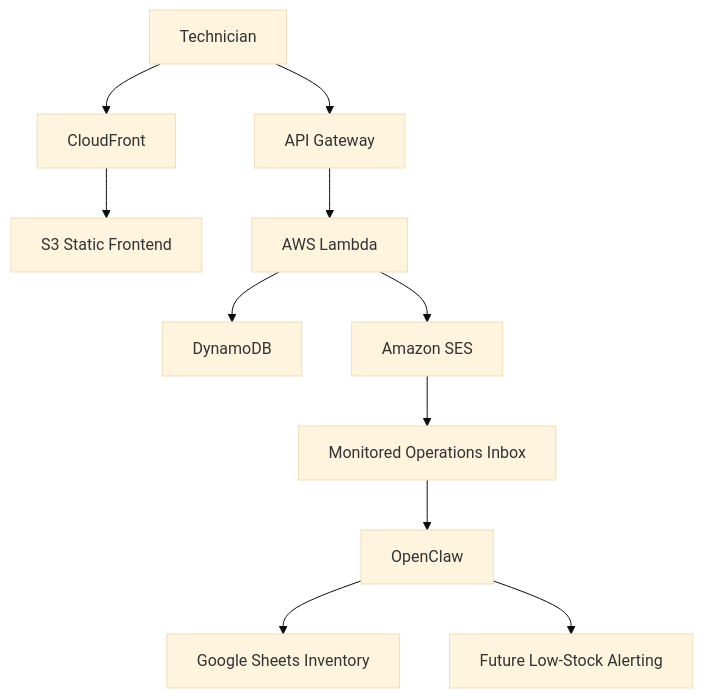
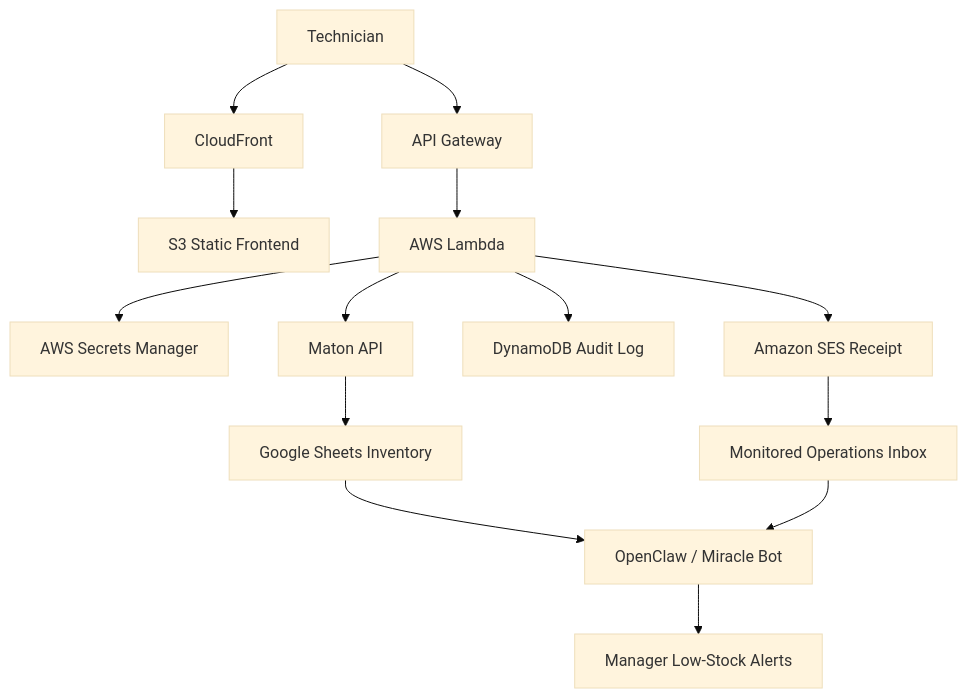
Before and after one commit to iamMichaelSmith/MiracleMethodInventory: the first of 3 diagrams in README.md, drawn with Mermaid (base theme). The commit also changed other lines of this file and 1 other file, not shown here.

Commit message:
Refresh architecture documentation and graphic

````diff
--- a/README.md
+++ b/README.md
@@ -131,13 +136,16 @@
 ```mermaid
 flowchart TD
     A["Technician"] --> B["CloudFront"]
     B --> C["S3 Static Frontend"]
     A --> D["API Gateway"]
     D --> E["AWS Lambda"]
-    E --> F["DynamoDB"]
-    E --> G["Amazon SES"]
-    G --> H["Monitored Operations Inbox"]
-    H --> I["OpenClaw"]
-    I --> J["Google Sheets Inventory"]
-    I --> K["Future Low-Stock Alerting"]
+    E --> F["AWS Secrets Manager"]
+    E --> G["Maton API"]
+    G --> H["Google Sheets Inventory"]
+    E --> I["DynamoDB Audit Log"]
+    E --> J["Amazon SES Receipt"]
+    J --> K["Monitored Operations Inbox"]
+    H --> L["OpenClaw / Miracle Bot"]
+    K --> L
+    L --> M["Manager Low-Stock Alerts"]
 ```
````
